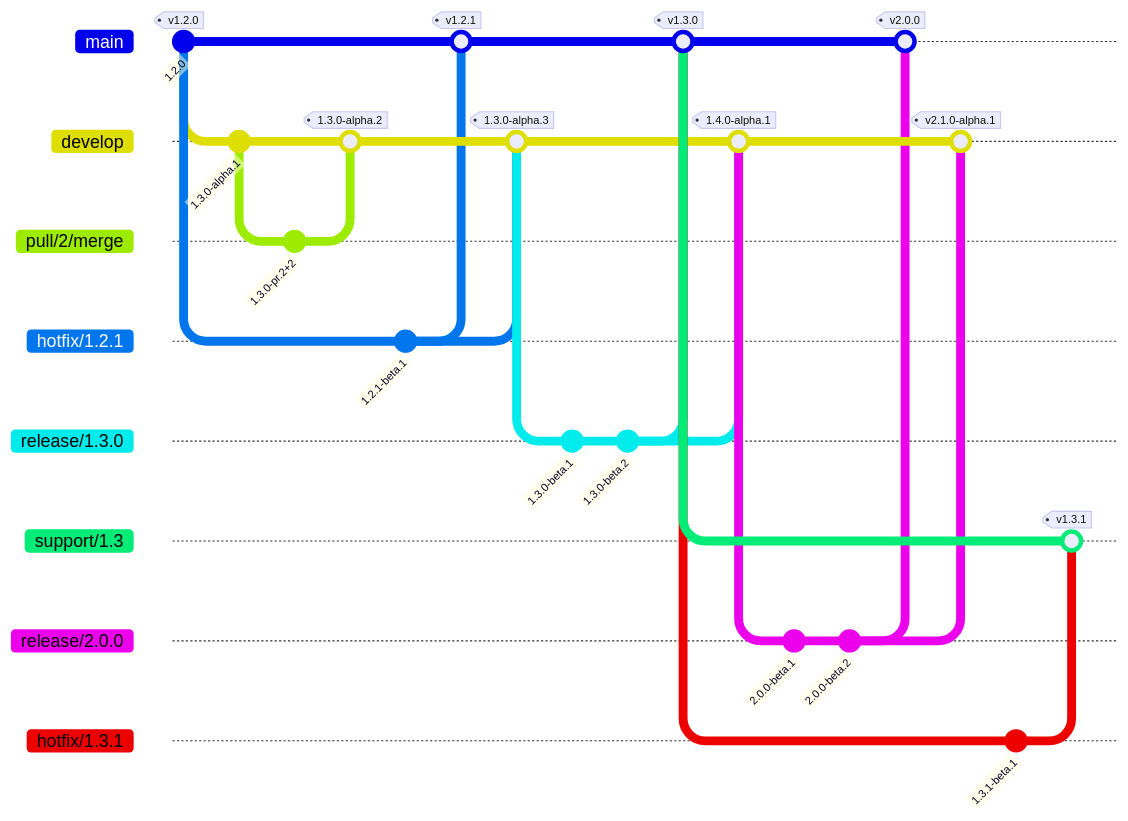
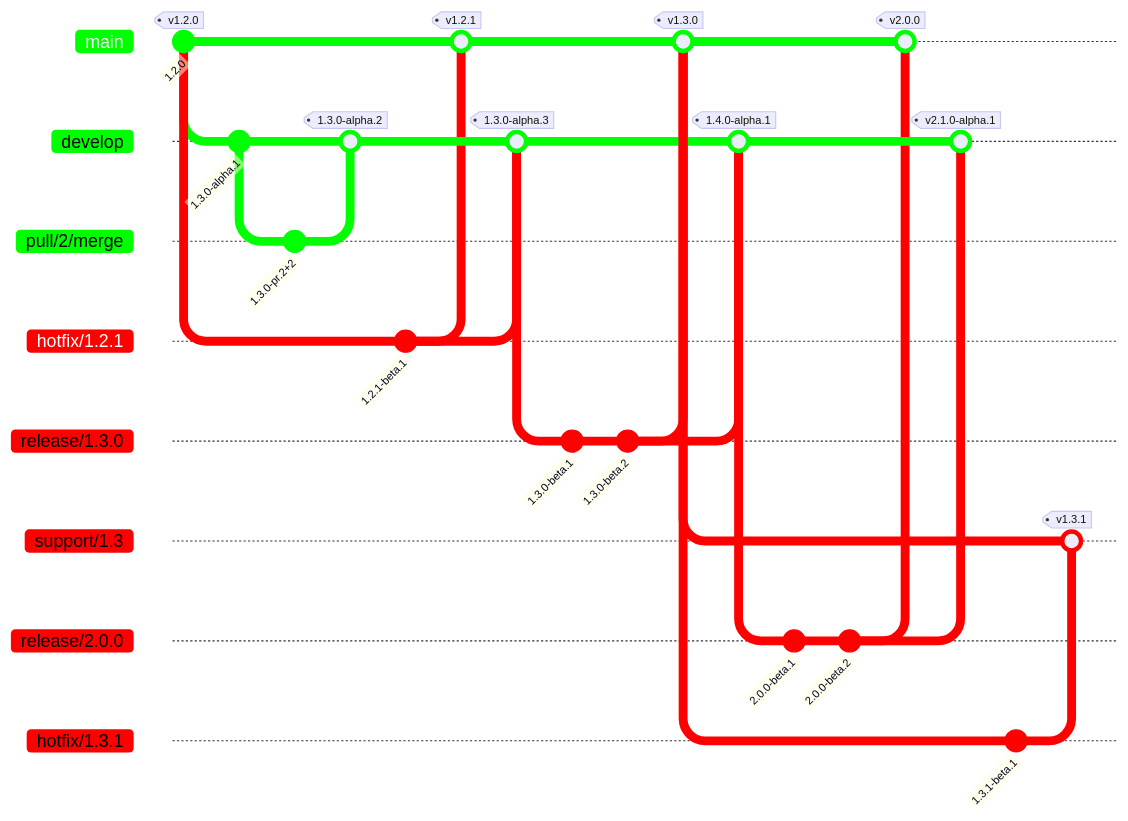
The diagram in gitflow.md (rajeshwarraja/json), drawn with Mermaid before and after one commit.

Commit message:
GitFlow color code

````diff
--- a/gitflow.md
+++ b/gitflow.md
@@ -2,37 +2,54 @@
 ``` mermaid
+%%{ init: {
+  "theme": "default",
+  "themeVariables": {
+    "git0": "#00ff00",
+    "git1": "#00ff00",
+    "git2": "#00ff00",
+    "git3": "#ff0000",
+    "git4": "#ff0000",
+    "git5": "#ff0000",
+    "git6": "#ff0000",
+    "git7": "#ff0000"
+  },
+  "gitGraph": {
+    "showCommitLabel": true
+  }
+}
+}%%
 gitGraph
   commit id: "1.2.0" tag: "v1.2.0"
   branch develop
   commit id: "1.3.0-alpha.1"
   branch pull/2/merge
   commit id: "1.3.0-pr.2+2"
   checkout develop
   merge pull/2/merge tag: "1.3.0-alpha.2"
   checkout main
   branch hotfix/1.2.1 order:0
   commit id: "1.2.1-beta.1"
   checkout main
   merge hotfix/1.2.1 tag: "v1.2.1"
   checkout develop
   merge hotfix/1.2.1 tag: "1.3.0-alpha.3"
   branch release/1.3.0
   commit id: "1.3.0-beta.1"
   commit id: "1.3.0-beta.2"
   checkout main
   merge release/1.3.0 tag: "v1.3.0"
   branch support/1.3 order:0
   checkout develop
   merge release/1.3.0 tag: "1.4.0-alpha.1"
   branch release/2.0.0
   commit id: "2.0.0-beta.1"
   commit id: "2.0.0-beta.2"
   checkout main
   merge release/2.0.0 tag: "v2.0.0"
   checkout develop
   merge release/2.0.0 tag: "v2.1.0-alpha.1"
   checkout support/1.3
   branch hotfix/1.3.1 order:0
   commit id: "1.3.1-beta.1"
   checkout support/1.3
   merge hotfix/1.3.1 tag: "v1.3.1"
   ```
````
